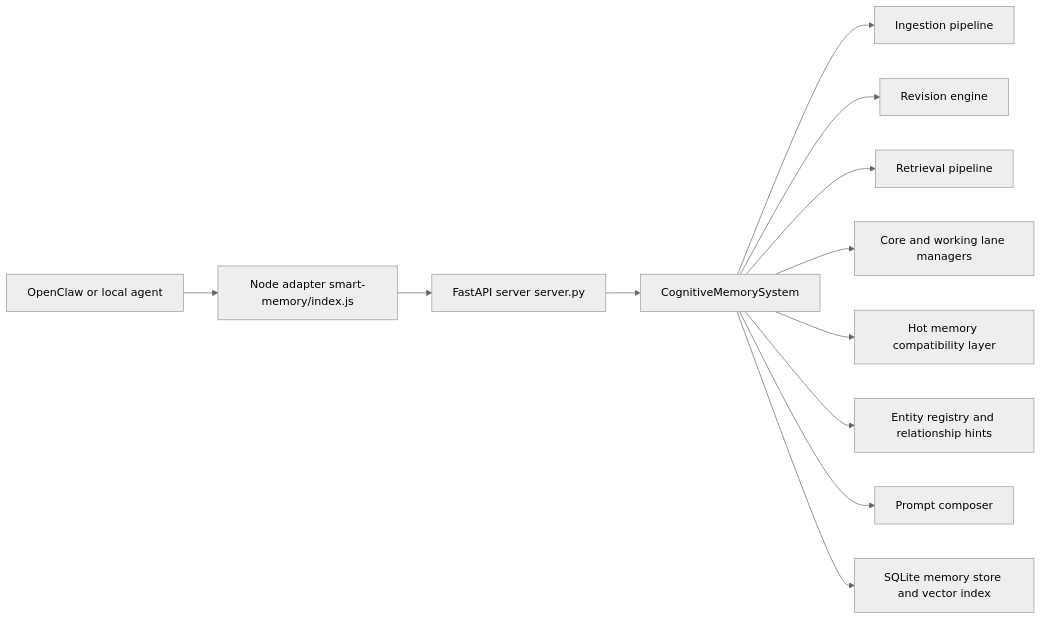
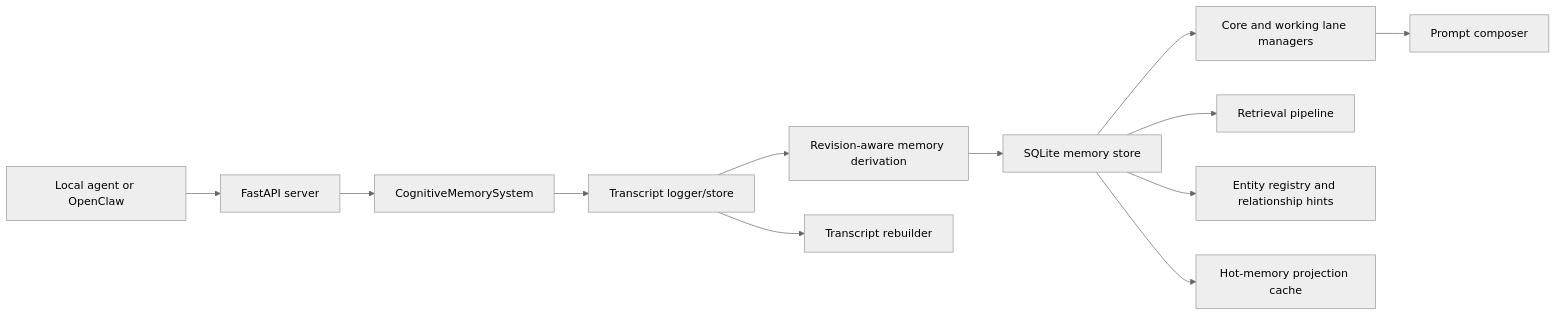
The diagram in README.md (BluePointDigital/smart-memory), drawn with Mermaid (neutral theme) before and after one commit. The commit also changed other lines of this file and 55 other files, not shown here.

Commit message:
Implement Smart Memory v3.1 transcript-first runtime

````diff
--- a/README.md
+++ b/README.md
@@ -25,14 +47,14 @@
 ```mermaid
 flowchart LR
-  OC["OpenClaw or local agent"] --> AD["Node adapter smart-memory/index.js"]
-  AD --> API["FastAPI server server.py"]
+  AGENT["Local agent or OpenClaw"] --> API["FastAPI server"]
   API --> SYS["CognitiveMemorySystem"]
-  SYS --> ING["Ingestion pipeline"]
-  SYS --> REV["Revision engine"]
-  SYS --> RET["Retrieval pipeline"]
-  SYS --> LANE["Core and working lane managers"]
-  SYS --> HOT["Hot memory compatibility layer"]
-  SYS --> ENT["Entity registry and relationship hints"]
-  SYS --> PRM["Prompt composer"]
-  SYS --> STO["SQLite memory store and vector index"]
+  SYS --> TX["Transcript logger/store"]
+  TX --> REV["Revision-aware memory derivation"]
+  REV --> MEM["SQLite memory store"]
+  MEM --> LANE["Core and working lane managers"]
+  MEM --> RET["Retrieval pipeline"]
+  LANE --> PRM["Prompt composer"]
+  MEM --> ENT["Entity registry and relationship hints"]
+  MEM --> HOT["Hot-memory projection cache"]
+  TX --> REBUILD["Transcript rebuilder"]
 ```
````
